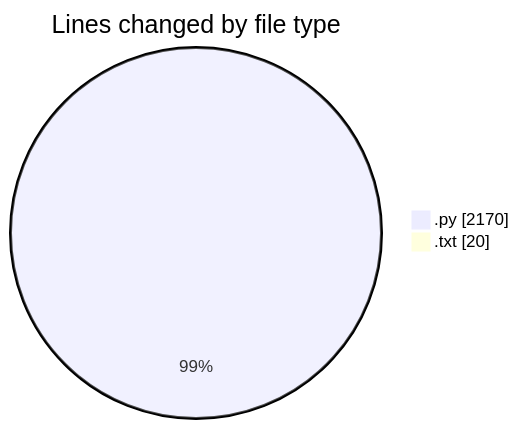
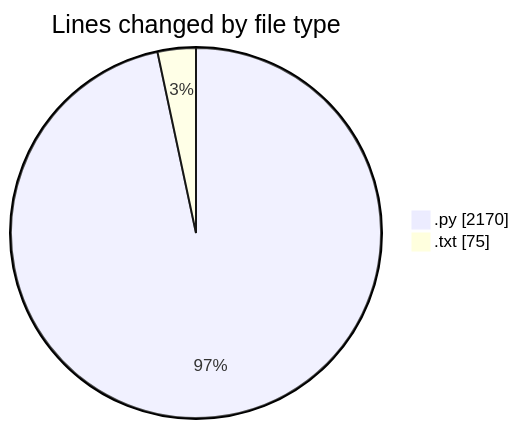
The first of 2 diagrams in 2025-05-26/zip_file/README.md (Ritupan-Deka/code-tracking), drawn with Mermaid before and after one commit. The commit also changed other lines of this file and 1 other file, not shown here.

````diff
--- a/2025-05-26/zip_file/README.md
+++ b/2025-05-26/zip_file/README.md
@@ -26,6 +26,6 @@
 ```mermaid
 pie showData
 title Lines changed by file type
 ".py" : 2170
-".txt" : 20
+".txt" : 75
 ```
````
